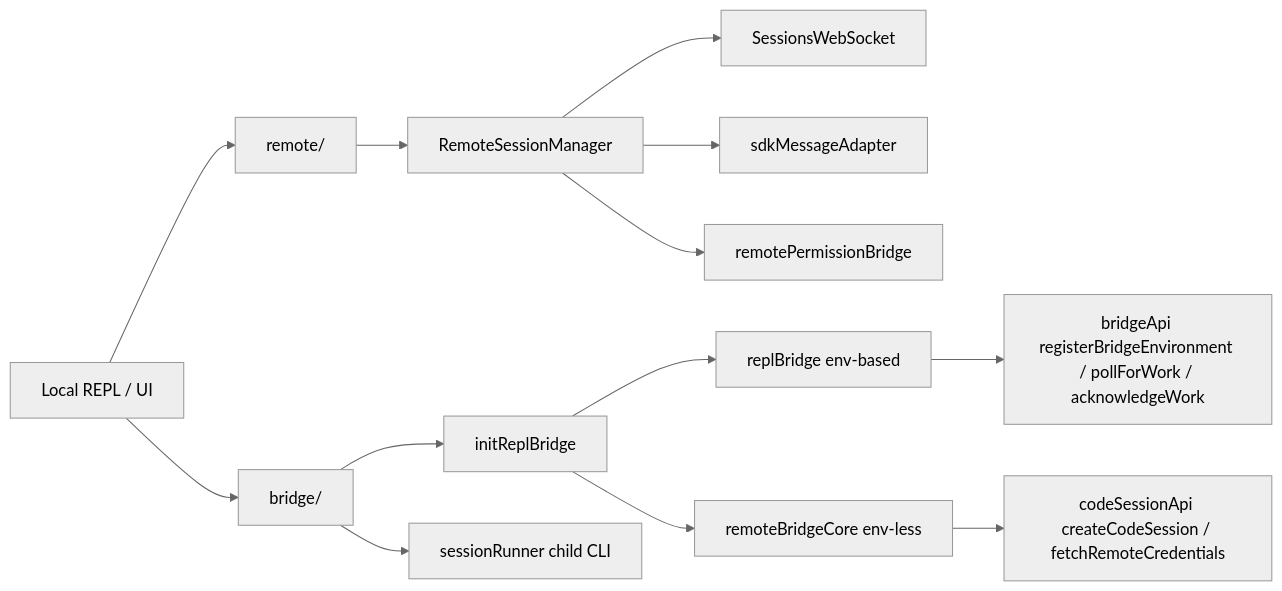
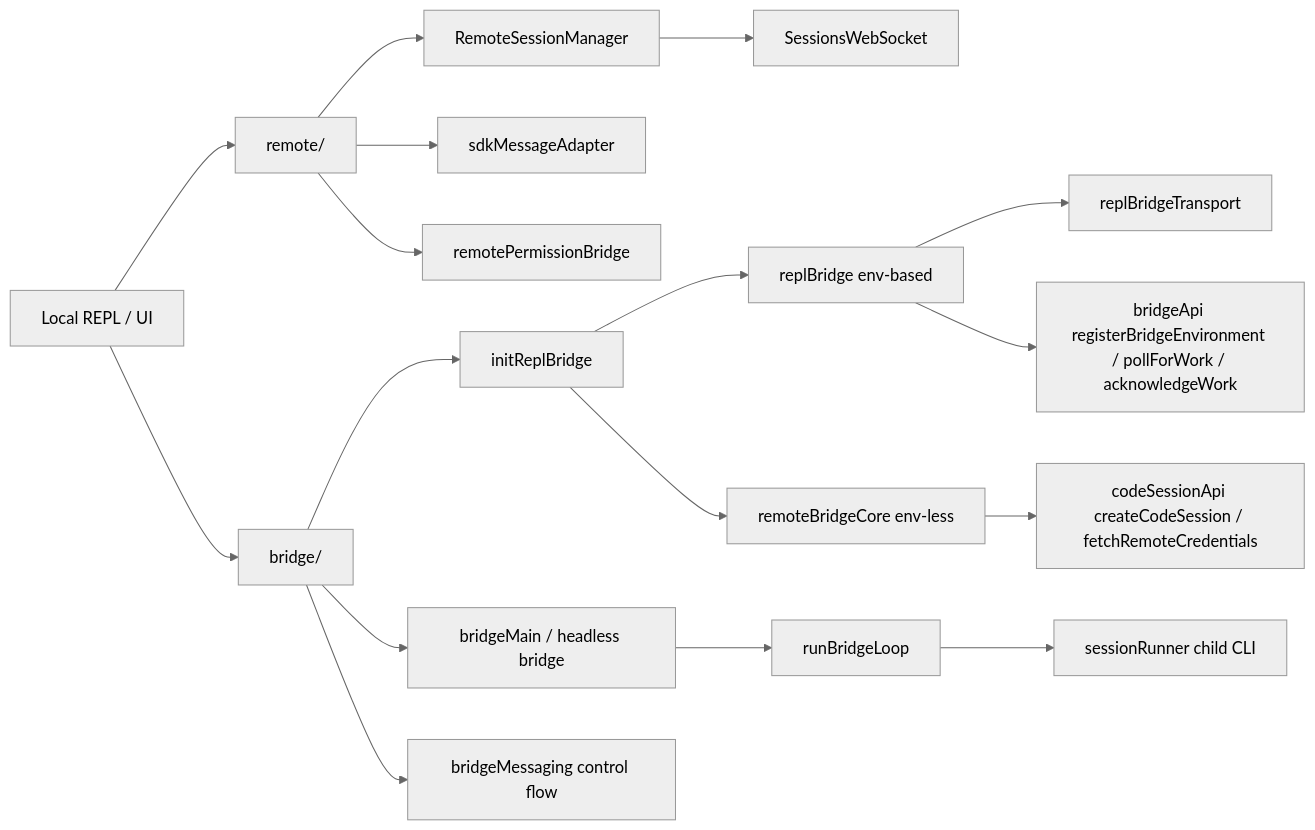
Before and after one commit to Boulea7/ClaudeCode-Source-DeepDive: the diagram in MODULES/07-remote-session-bridge-and-sdk/DEEP/README.md, drawn with Mermaid (neutral theme). The commit also changed other lines of this file and 4 other files, not shown here.

````diff
--- a/MODULES/07-remote-session-bridge-and-sdk/DEEP/README.md
+++ b/MODULES/07-remote-session-bridge-and-sdk/DEEP/README.md
@@ -196,16 +198,20 @@
 ```mermaid
 flowchart LR
     A[Local REPL / UI] --> B[remote/]
     B --> C[RemoteSessionManager]
     C --> D[SessionsWebSocket]
-    C --> E[sdkMessageAdapter]
-    C --> F[remotePermissionBridge]
+    B --> E[sdkMessageAdapter]
+    B --> F[remotePermissionBridge]
 
     A --> G[bridge/]
     G --> H[initReplBridge]
     H --> I[replBridge env-based]
     H --> J[remoteBridgeCore env-less]
+    I --> N[replBridgeTransport]
     I --> K[bridgeApi registerBridgeEnvironment / pollForWork / acknowledgeWork]
     J --> L[codeSessionApi createCodeSession / fetchRemoteCredentials]
-    G --> M[sessionRunner child CLI]
+    G --> M[bridgeMain / headless bridge]
+    M --> O[runBridgeLoop]
+    O --> P[sessionRunner child CLI]
+    G --> Q[bridgeMessaging control flow]
 ```
````
